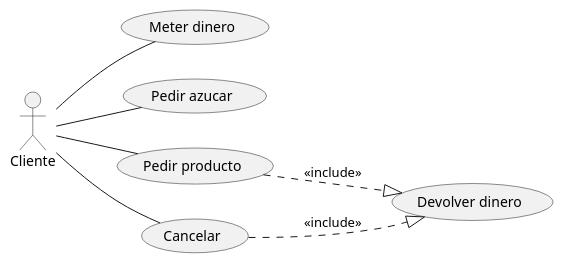
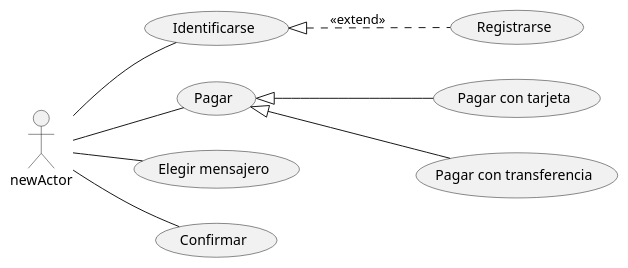
One commit to Nessie04/PlantUML_1 changed the diagram in casos_de_uso.puml. Above: the diagram before and after it, drawn with PlantUML. The commit also changed 1 other file, not shown here.

```diff
--- a/casos_de_uso.puml
+++ b/casos_de_uso.puml
@@ -1,9 +1,10 @@
 @startuml
-left to right direction
-Cliente -- (Meter dinero)
-Cliente -- (Pedir azucar)
-Cliente -- (Pedir producto)
-Cliente -- (Cancelar)
-(Pedir producto) ..|> (Devolver dinero) : <<include>>
-(Cancelar) ..|> (Devolver dinero) : <<include>>
+left to right  direction
+newActor -- (Identificarse)
+newActor  -- (Pagar)
+newActor  -- (Elegir mensajero)
+newActor  -- (Confirmar)
+(Identificarse) <|.. (Registrarse) : <<extend>>
+(Pagar) <|--  (Pagar con tarjeta)
+(Pagar) <|-- (Pagar con transferencia)
 @enduml
```
